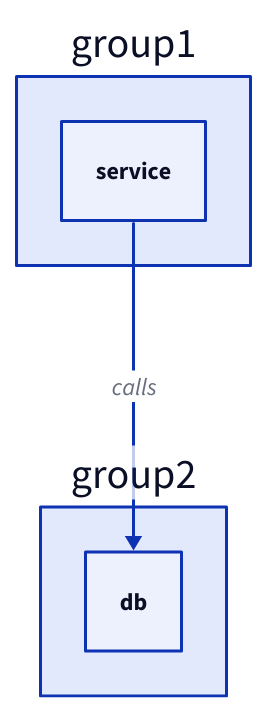
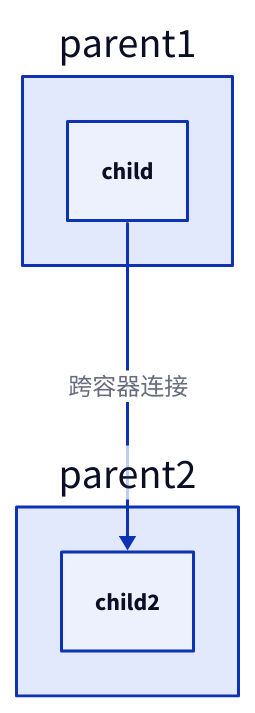
One commit to fanzhengxing/d2-diagrams changed the third of 8 diagrams in references/d2-cheatsheet.md. Above: the diagram before and after it, drawn with D2. The commit also changed other lines of this file and 4 other files, not shown here.

````diff
--- a/references/d2-cheatsheet.md
+++ b/references/d2-cheatsheet.md
@@ -21,3 +23,3 @@
 ```d2
-group1.service -> group2.db: calls
+parent1.child -> parent2.child2: "跨容器连接"
 ```
````
